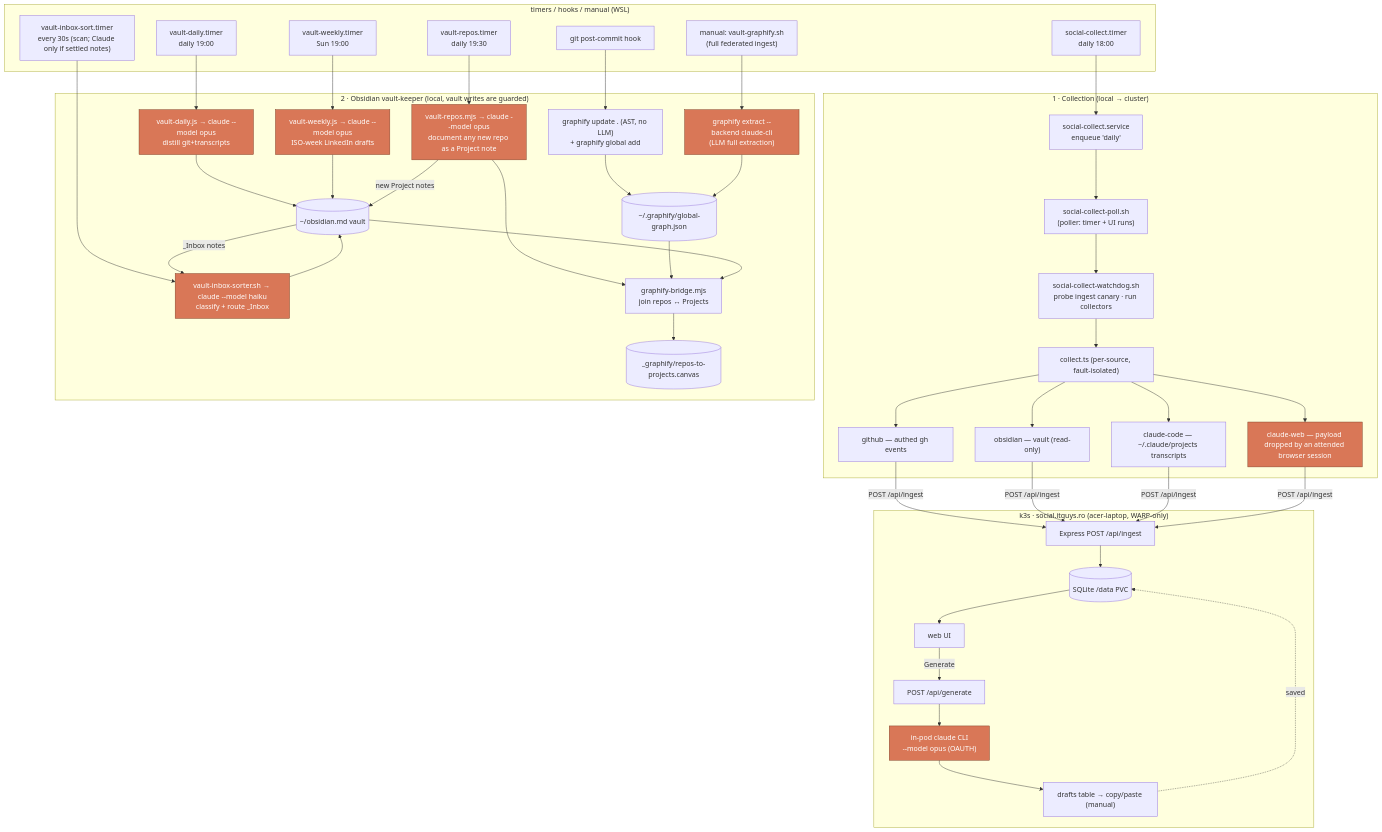
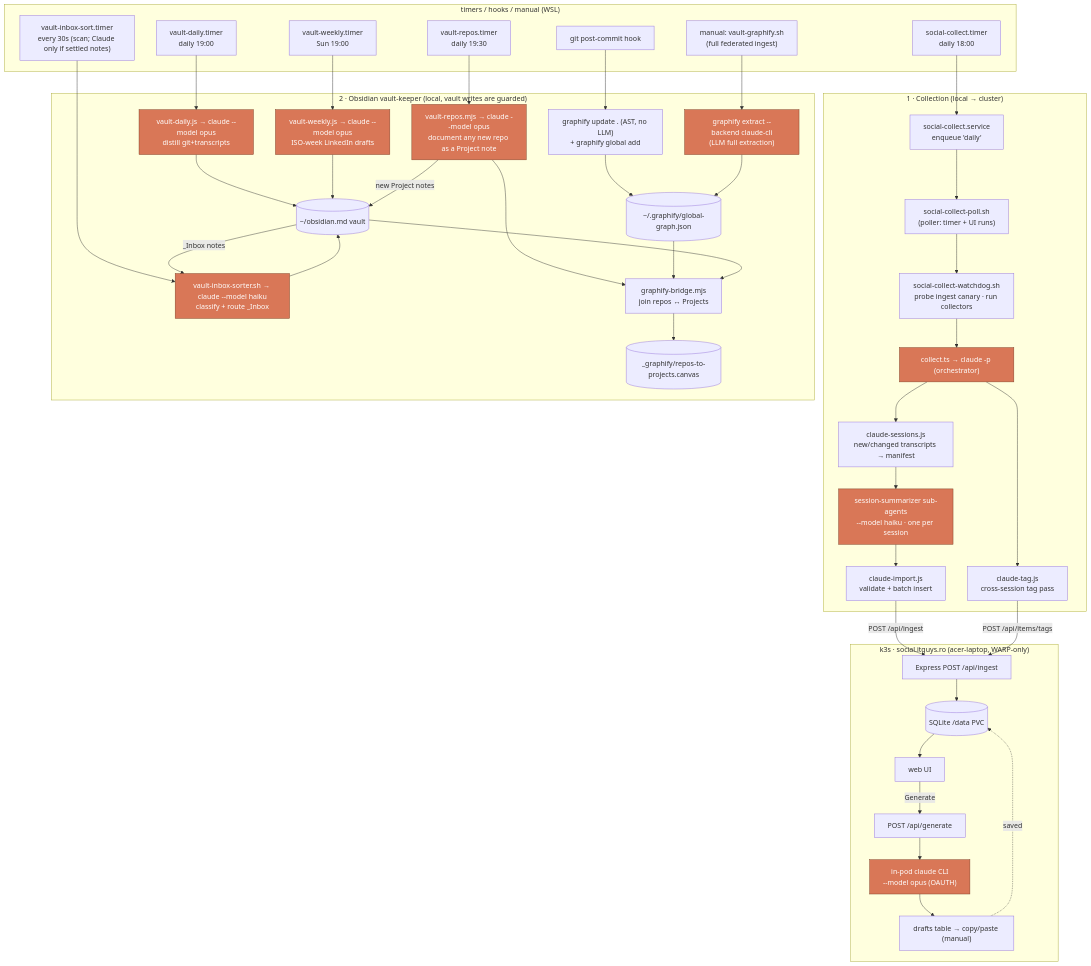
Before and after one commit to dustfeather/social-update: the diagram in README.md, drawn with Mermaid. The commit also changed other lines of this file and 28 other files, not shown here.

````diff
--- a/README.md
+++ b/README.md
@@ -40,72 +41,73 @@
 ```mermaid
 flowchart TB
     subgraph triggers["timers / hooks / manual (WSL)"]
         T1["social-collect.timer<br/>daily 18:00"]
         T2["vault-daily.timer<br/>daily 19:00"]
         T3["vault-weekly.timer<br/>Sun 19:00"]
         T4["vault-inbox-sort.timer<br/>every 30s (scan; Claude only if settled notes)"]
         T5["vault-repos.timer<br/>daily 19:30"]
         GH["git post-commit hook"]
         MAN["manual: vault-graphify.sh<br/>(full federated ingest)"]
     end
 
     %% ---------- Collection loop ----------
     subgraph collect["1 · Collection (local → cluster)"]
         SVC["social-collect.service<br/>enqueue 'daily'"]
         POLL["social-collect-poll.sh<br/>(poller: timer + UI runs)"]
         WD["social-collect-watchdog.sh<br/>probe ingest canary · run collectors"]
-        COL["collect.ts (per-source, fault-isolated)"]
-        SRC_GH["github — authed gh events"]
-        SRC_OB["obsidian — vault (read-only)"]
-        SRC_CC["claude-code — ~/.claude/projects transcripts"]
-        SRC_CW["claude-web — payload dropped by an attended browser session"]
+        COL["collect.ts → claude -p (orchestrator)"]
+        SCAN["claude-sessions.js<br/>new/changed transcripts → manifest"]
+        SUB["session-summarizer sub-agents<br/>--model haiku · one per session"]
+        IMP["claude-import.js<br/>validate + batch insert"]
+        TAG["claude-tag.js<br/>cross-session tag pass"]
     end
 
     subgraph cluster["k3s · social.itguys.ro (acer-laptop, WARP-only)"]
         ING["Express POST /api/ingest"]
         DB[("SQLite /data PVC")]
         UI["web UI"]
         GEN["POST /api/generate"]
         CLI["in-pod claude CLI<br/>--model opus (OAUTH)"]
         DRAFTS["drafts table → copy/paste (manual)"]
     end
 
     %% ---------- Obsidian vault-keeper ----------
     subgraph vault["2 · Obsidian vault-keeper (local, vault writes are guarded)"]
         VD["vault-daily.js → claude --model opus<br/>distill git+transcripts"]
         VW["vault-weekly.js → claude --model opus<br/>ISO-week LinkedIn drafts"]
         VI["vault-inbox-sorter.sh → claude --model haiku<br/>classify + route _Inbox"]
         VGH["graphify update . (AST, no LLM)<br/>+ graphify global add"]
         VGE["graphify extract --backend claude-cli<br/>(LLM full extraction)"]
         VR["vault-repos.mjs → claude --model opus<br/>document any new repo as a Project note"]
         BR["graphify-bridge.mjs<br/>join repos ↔ Projects"]
         OBS[("~/obsidian.md vault")]
         GRAPH[("~/.graphify/global-graph.json")]
         CANVAS[("_graphify/repos-to-projects.canvas")]
     end
 
     T1 --> SVC --> POLL
     POLL --> WD --> COL
-    COL --> SRC_GH & SRC_OB & SRC_CC & SRC_CW
-    SRC_GH & SRC_OB & SRC_CC & SRC_CW -->|POST /api/ingest| ING
+    COL --> SCAN --> SUB --> IMP
+    IMP -->|POST /api/ingest| ING
+    COL --> TAG -->|POST /api/items/tags| ING
     ING --> DB
     DB --> UI
     UI -->|Generate| GEN --> CLI --> DRAFTS
     DRAFTS -.saved.-> DB
 
     T2 --> VD --> OBS
     T3 --> VW --> OBS
     T4 --> VI
     OBS -->|_Inbox notes| VI --> OBS
     GH --> VGH --> GRAPH
     MAN --> VGE --> GRAPH
     T5 --> VR
     VR -->|new Project notes| OBS
     VR --> BR
     GRAPH --> BR
     OBS --> BR
     BR --> CANVAS
 
     classDef claude fill:#d97757,stroke:#7a3b22,color:#fff;
-    class CLI,VD,VW,VI,VGE,VR,SRC_CW claude;
+    class CLI,VD,VW,VI,VGE,VR,COL,SUB claude;
 ```
````
